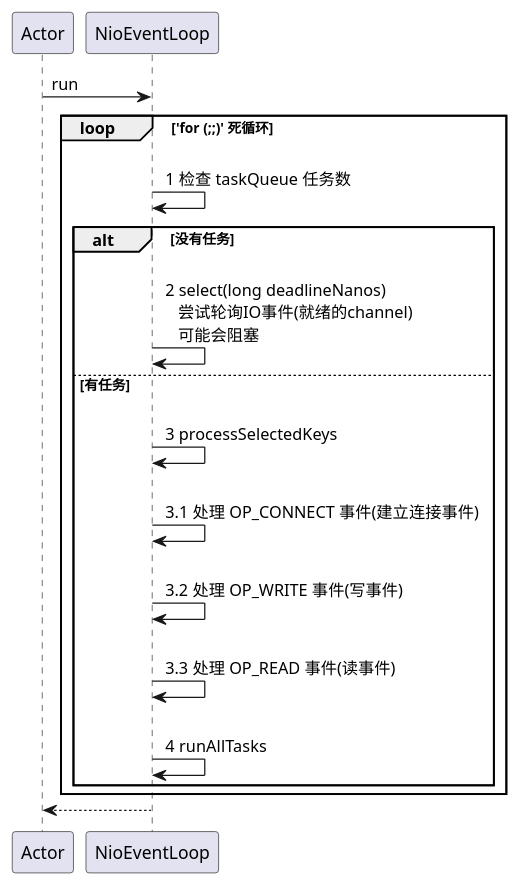
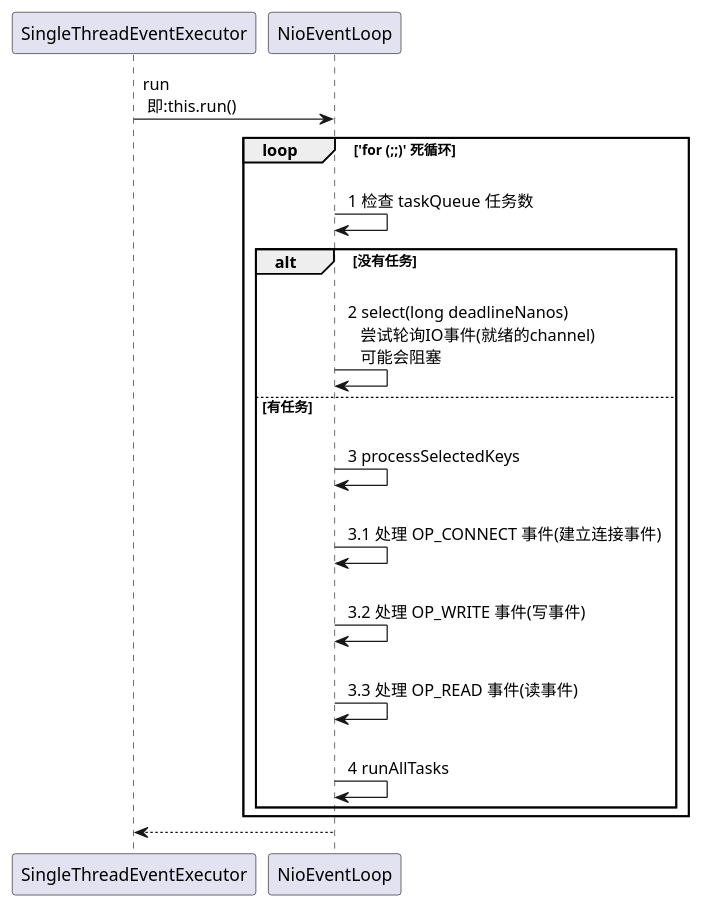
The diagram in puml/NioEventLoop#run.puml (Simba-cheng/netty), drawn with PlantUML before and after one commit. The commit also changed 1 other file, not shown here.

Commit message:
refactor(code): 源码添加注释、流程图、类图

```diff
--- a/puml/NioEventLoop#run.puml
+++ b/puml/NioEventLoop#run.puml
@@ -1,28 +1,23 @@
 @startuml participant
 
-Actor -> NioEventLoop: run
+SingleThreadEventExecutor -> NioEventLoop: run \n 即:this.run()
 
 ' ----- 分割线 -----
 loop 'for (;;)' 死循环
-NioEventLoop -> NioEventLoop: \n 1 检查 taskQueue 任务数
+    NioEventLoop -> NioEventLoop: \n 1 检查 taskQueue 任务数
 
-alt 没有任务
+    alt 没有任务
+        NioEventLoop -> NioEventLoop: \n 2 select(long deadlineNanos) \n    尝试轮询IO事件(就绪的channel) \n    可能会阻塞
+    else 有任务
+        NioEventLoop -> NioEventLoop: \n 3 processSelectedKeys
+        NioEventLoop -> NioEventLoop: \n 3.1 处理 OP_CONNECT 事件(建立连接事件)
+        NioEventLoop -> NioEventLoop: \n 3.2 处理 OP_WRITE 事件(写事件)
+        NioEventLoop -> NioEventLoop: \n 3.3 处理 OP_READ 事件(读事件)
 
-NioEventLoop -> NioEventLoop: \n 2 select(long deadlineNanos) \n    尝试轮询IO事件(就绪的channel) \n    可能会阻塞
-
-else 有任务
-
-NioEventLoop -> NioEventLoop: \n 3 processSelectedKeys
-NioEventLoop -> NioEventLoop: \n 3.1 处理 OP_CONNECT 事件(建立连接事件)
-NioEventLoop -> NioEventLoop: \n 3.2 处理 OP_WRITE 事件(写事件)
-NioEventLoop -> NioEventLoop: \n 3.3 处理 OP_READ 事件(读事件)
-
-NioEventLoop -> NioEventLoop: \n 4 runAllTasks
-
-end
-
+        NioEventLoop -> NioEventLoop: \n 4 runAllTasks
+    end
 end
 ' ----- 分割线 -----
 
-Actor <-- NioEventLoop
+SingleThreadEventExecutor <-- NioEventLoop
 @enduml
```
